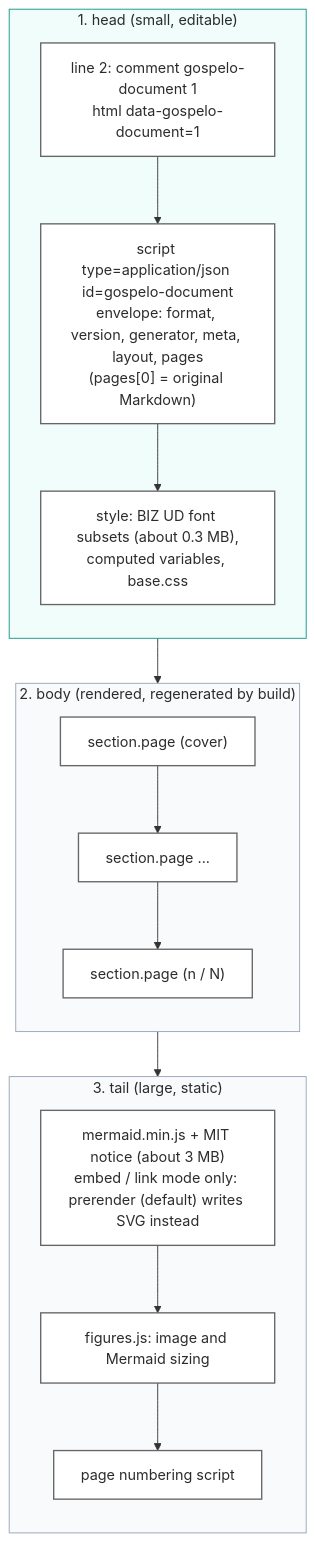
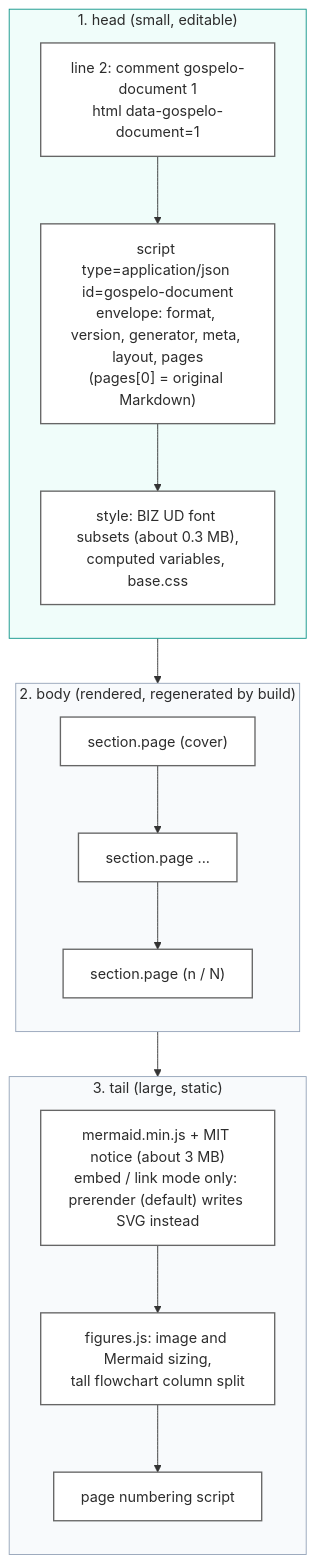
Before and after one commit to gospelo-dev/md2html: the first of 5 diagrams in docs/ARCHITECTURE.md, drawn with Mermaid. The commit also changed other lines of this file and 7 other files, not shown here.

First line of the commit message:
docs: update for code blocks, Mermaid splits, and column balancing rules

````diff
--- a/docs/ARCHITECTURE.md
+++ b/docs/ARCHITECTURE.md
@@ -21,31 +21,31 @@
 ```mermaid
 flowchart TB
     subgraph Head["1. head (small, editable)"]
         direction TB
         SIG["line 2: comment gospelo-document 1<br/>html data-gospelo-document=1"]
         ENV["script type=application/json id=gospelo-document<br/>envelope: format, version, generator, meta, layout, pages<br/>(pages[0] = original Markdown)"]
         S["style: BIZ UD font subsets (about 0.3 MB),<br/>computed variables, base.css"]
         SIG --> ENV --> S
     end
     subgraph Body["2. body (rendered, regenerated by build)"]
         direction TB
         P1["section.page (cover)"]
         P2["section.page ..."]
         Pn["section.page (n / N)"]
         P1 --> P2 --> Pn
     end
     subgraph Tail["3. tail (large, static)"]
         direction TB
         MJ["mermaid.min.js + MIT notice (about 3 MB)<br/>embed / link mode only: prerender (default) writes SVG instead"]
-        F["figures.js: image and Mermaid sizing"]
+        F["figures.js: image and Mermaid sizing,<br/>tall flowchart column split"]
         N["page numbering script"]
         MJ --> F --> N
     end
     Head --> Body --> Tail
 
     classDef node fill:#FFFFFF,stroke:#666666,stroke-width:1.5px,color:#2C2C2C
     class SIG,ENV,S,P1,P2,Pn,F,N,MJ node
     style Head fill:#F0FDFA,stroke:#0D9488,color:#2C2C2C
     style Body fill:#F8FAFC,stroke:#94A3B8,color:#2C2C2C
     style Tail fill:#F8FAFC,stroke:#94A3B8,color:#2C2C2C
 ```
````
